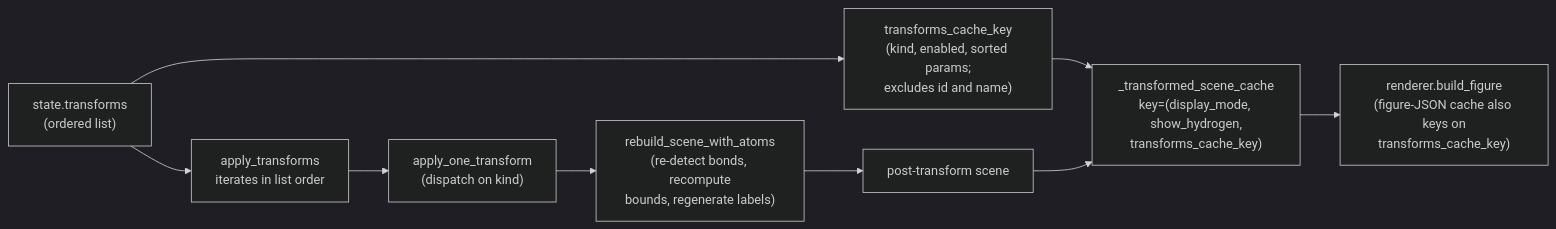
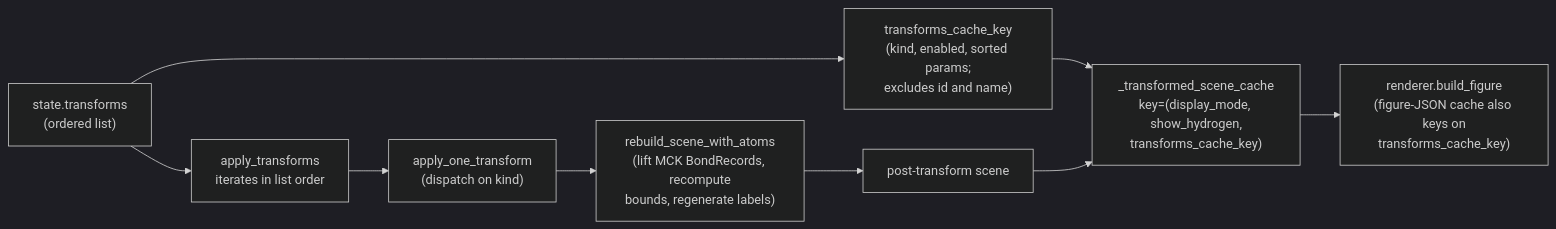
Before and after one commit to SchrodingersCattt/MatterVis: the second of 2 diagrams in docs/agents/transforms_api.md, drawn with Mermaid (dark theme). The commit also changed other lines of this file and 24 other files, not shown here.

````diff
--- a/docs/agents/transforms_api.md
+++ b/docs/agents/transforms_api.md
@@ -343,11 +345,11 @@
 ```mermaid
 flowchart LR
   T["state.transforms<br/>(ordered list)"] --> K["transforms_cache_key<br/>(kind, enabled, sorted params;<br/>excludes id and name)"]
   K --> C["_transformed_scene_cache<br/>key=(display_mode, show_hydrogen,<br/>transforms_cache_key)"]
   T --> A["apply_transforms<br/>iterates in list order"]
   A --> O["apply_one_transform<br/>(dispatch on kind)"]
-  O --> R["rebuild_scene_with_atoms<br/>(re-detect bonds, recompute<br/>bounds, regenerate labels)"]
+  O --> R["rebuild_scene_with_atoms<br/>(lift MCK BondRecords, recompute<br/>bounds, regenerate labels)"]
   R --> S["post-transform scene"]
   S --> C
   C --> F["renderer.build_figure<br/>(figure-JSON cache also keys on<br/>transforms_cache_key)"]
 ```
````
